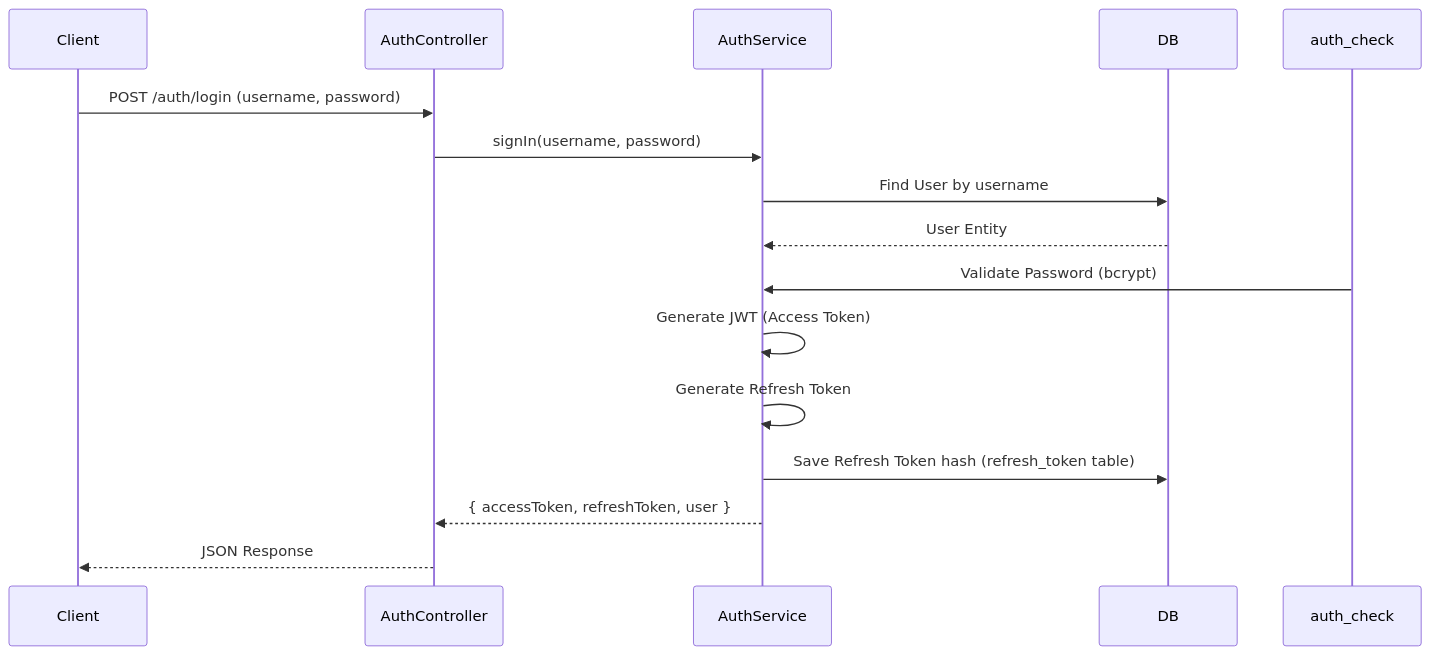
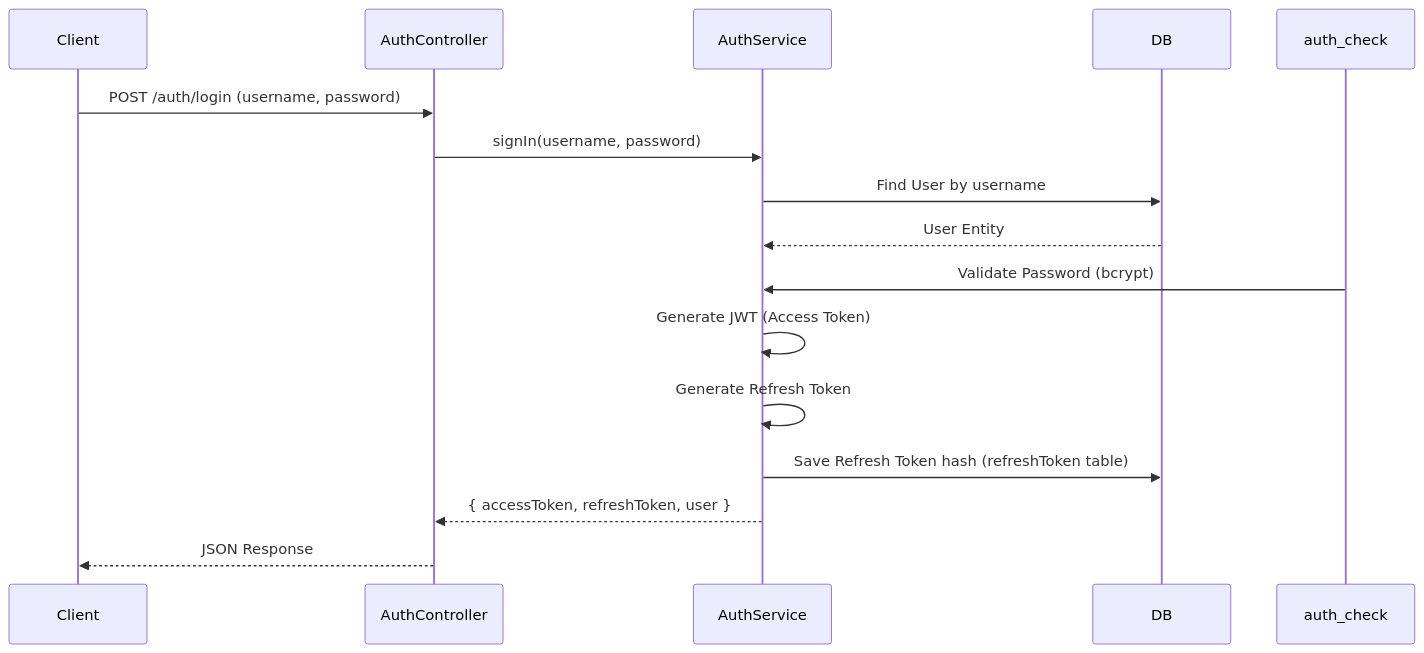
Before and after one commit to ahmadalzoubi31/esm-app: the diagram in apps/api/docs/auth.md, drawn with Mermaid. The commit also changed other lines of this file and 200 other files, not shown here.

Commit message:
feat: implement core ESM architecture including authentication, RBAC, catalog services, and case management modules

````diff
--- a/apps/api/docs/auth.md
+++ b/apps/api/docs/auth.md
@@ -11,22 +11,22 @@
 ```mermaid
 sequenceDiagram
     participant Client
     participant AuthController
     participant AuthService
     participant DB
 
     Client->>AuthController: POST /auth/login (username, password)
     AuthController->>AuthService: signIn(username, password)
     AuthService->>DB: Find User by username
     DB-->>AuthService: User Entity
 
     auth_check->>AuthService: Validate Password (bcrypt)
 
     AuthService->>AuthService: Generate JWT (Access Token)
     AuthService->>AuthService: Generate Refresh Token
 
-    AuthService->>DB: Save Refresh Token hash (refresh_token table)
+    AuthService->>DB: Save Refresh Token hash (refreshToken table)
 
     AuthService-->>AuthController: { accessToken, refreshToken, user }
     AuthController-->>Client: JSON Response
 ```
````
